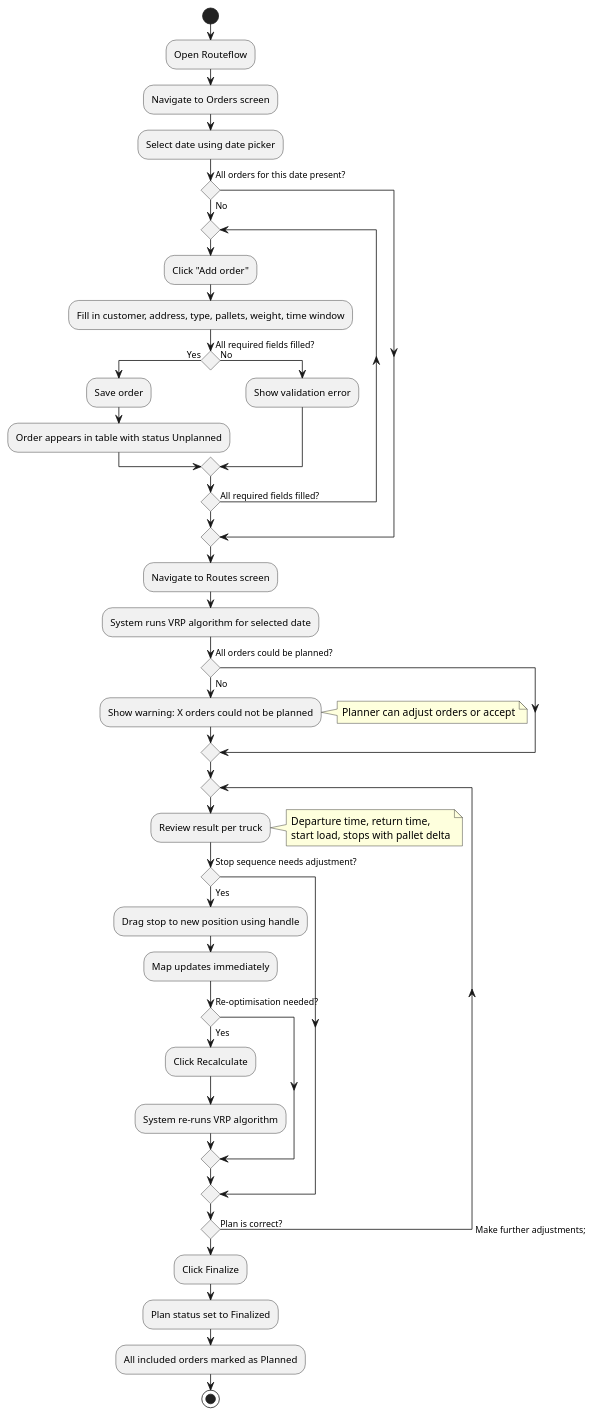
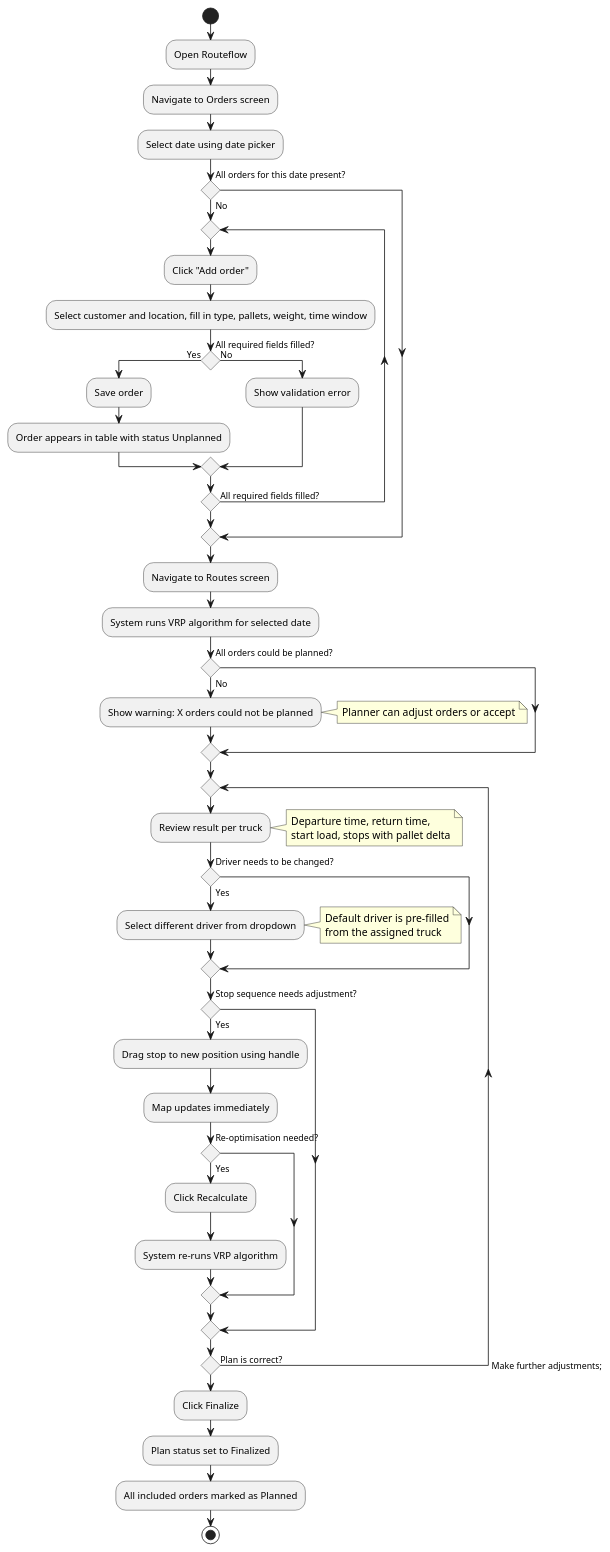
One commit to softwharee/gradrepo changed the second of 5 diagrams in functional-design/readme.md. Above: the diagram before and after it, drawn with PlantUML. The commit also changed other lines of this file and 2 other files, not shown here.

````diff
--- a/functional-design/readme.md
+++ b/functional-design/readme.md
@@ -493,51 +697,56 @@
 ```plantuml
 @startuml
 skinparam conditionStyle diamond
 
 start
 :Open Routeflow;
 :Navigate to Orders screen;
 :Select date using date picker;
 
 if (All orders for this date present?) then (No)
   repeat
     :Click "Add order";
-    :Fill in customer, address, type, pallets, weight, time window;
+    :Select customer and location, fill in type, pallets, weight, time window;
     if (All required fields filled?) then (Yes)
       :Save order;
       :Order appears in table with status Unplanned;
     else (No)
       :Show validation error;
     endif
   repeat while (All required fields filled?) is (No)
 endif
 
 :Navigate to Routes screen;
 :System runs VRP algorithm for selected date;
 
 if (All orders could be planned?) then (No)
   :Show warning: X orders could not be planned;
   note right: Planner can adjust orders or accept
 endif
 
 repeat
   :Review result per truck;
   note right: Departure time, return time,\nstart load, stops with pallet delta
 
+  if (Driver needs to be changed?) then (Yes)
+    :Select different driver from dropdown;
+    note right: Default driver is pre-filled\nfrom the assigned truck
+  endif
+
   if (Stop sequence needs adjustment?) then (Yes)
     :Drag stop to new position using handle;
     :Map updates immediately;
     if (Re-optimisation needed?) then (Yes)
       :Click Recalculate;
       :System re-runs VRP algorithm;
     endif
   endif
 repeat while (Plan is correct?) is (No) -> Make further adjustments;
 
 :Click Finalize;
 :Plan status set to Finalized;
 :All included orders marked as Planned;
 
 stop
 @enduml
 ```
````
